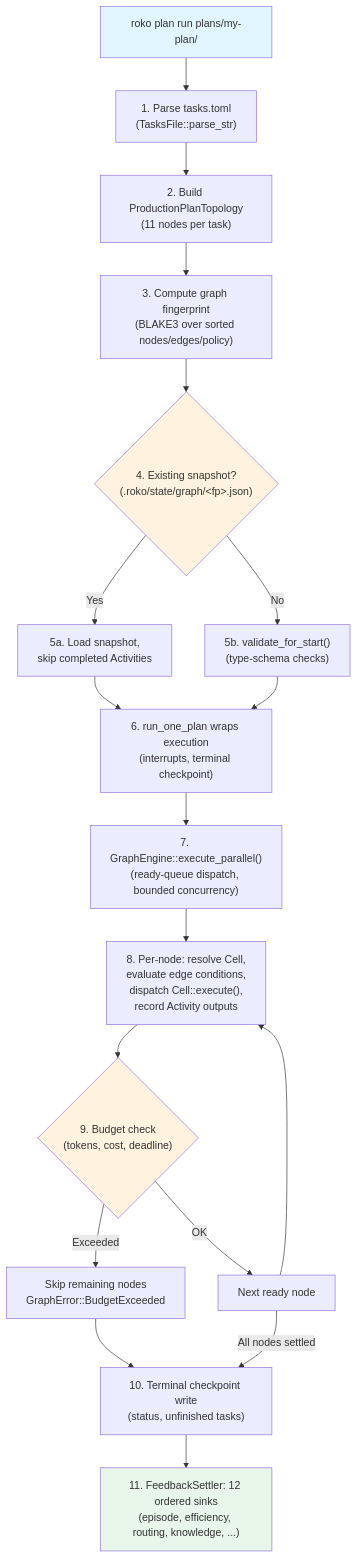
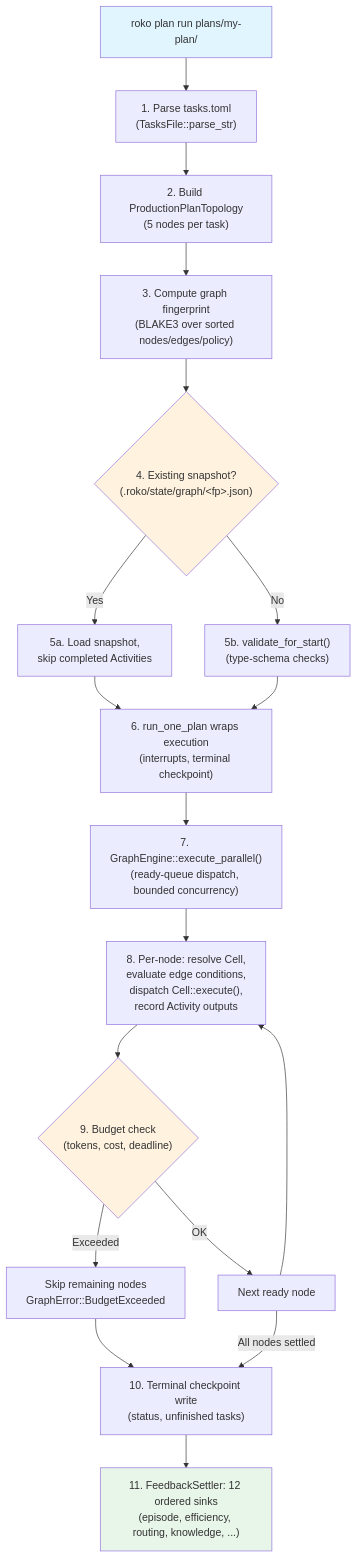
The second of 6 diagrams in docs/v3/03-GRAPH.md (wpank/roko), drawn with Mermaid before and after one commit. The commit also changed other lines of this file and 12 other files, not shown here.

First line of the commit message:
graph: drop the six passthrough enricher cells from --rich-topology

````diff
--- a/docs/v3/03-GRAPH.md
+++ b/docs/v3/03-GRAPH.md
@@ -341,25 +323,25 @@
 ```mermaid
 flowchart TD
     CLI["roko plan run plans/my-plan/"] --> Parse["1. Parse tasks.toml<br/>(TasksFile::parse_str)"]
-    Parse --> Topology["2. Build ProductionPlanTopology<br/>(11 nodes per task)"]
+    Parse --> Topology["2. Build ProductionPlanTopology<br/>(5 nodes per task)"]
     Topology --> Fingerprint["3. Compute graph fingerprint<br/>(BLAKE3 over sorted nodes/edges/policy)"]
     Fingerprint --> CheckSnap{"4. Existing snapshot?<br/>(.roko/state/graph/&lt;fp&gt;.json)"}
     CheckSnap -->|Yes| Resume["5a. Load snapshot,<br/>skip completed Activities"]
     CheckSnap -->|No| Validate["5b. validate_for_start()<br/>(type-schema checks)"]
     Resume --> Finally["6. run_one_plan wraps execution<br/>(interrupts, terminal checkpoint)"]
     Validate --> Finally
     Finally --> Execute["7. GraphEngine::execute_parallel()<br/>(ready-queue dispatch, bounded concurrency)"]
     Execute --> PerNode["8. Per-node: resolve Cell,<br/>evaluate edge conditions,<br/>dispatch Cell::execute(),<br/>record Activity outputs"]
     PerNode --> Budget{"9. Budget check<br/>(tokens, cost, deadline)"}
     Budget -->|Exceeded| Skip["Skip remaining nodes<br/>GraphError::BudgetExceeded"]
     Budget -->|OK| NextNode["Next ready node"]
     NextNode --> PerNode
     Skip --> Receipt["10. Terminal checkpoint write<br/>(status, unfinished tasks)"]
     NextNode -->|All nodes settled| Receipt
     Receipt --> Feedback["11. FeedbackSettler: 12 ordered sinks<br/>(episode, efficiency, routing, knowledge, ...)"]
 
     style CLI fill:#e1f5fe
     style CheckSnap fill:#fff3e0
     style Budget fill:#fff3e0
     style Feedback fill:#e8f5e9
 ```
````
